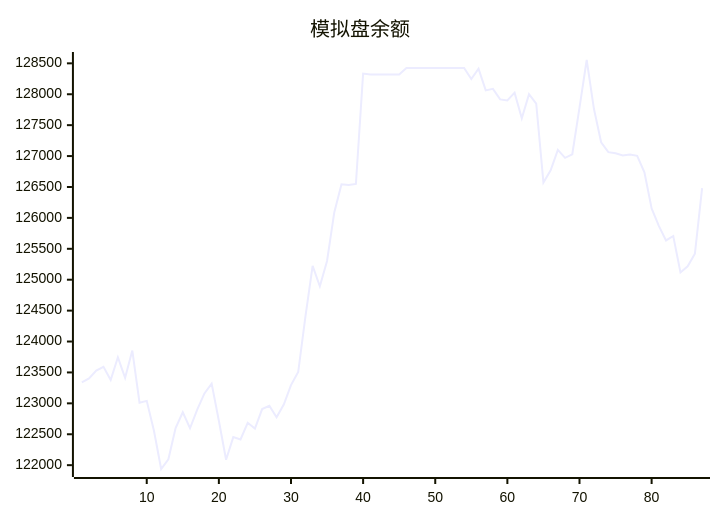
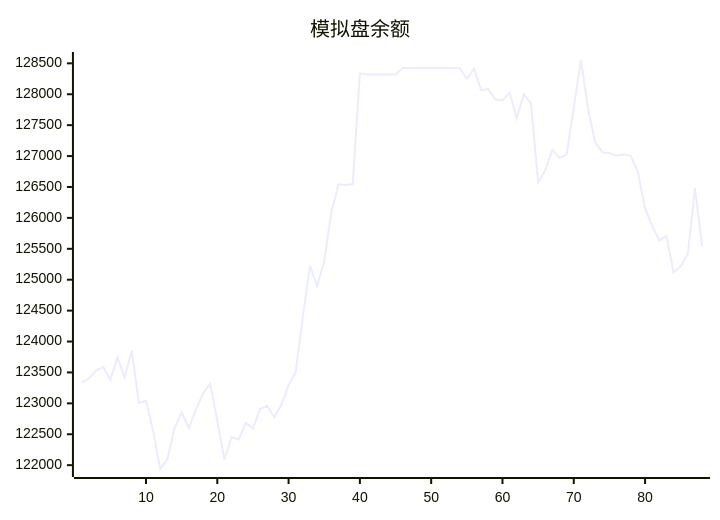
The diagram in README.md (aahl/ai-trading), drawn with Mermaid before and after one commit. The commit also changed other lines of this file and 1 other file, not shown here.

````diff
--- a/README.md
+++ b/README.md
@@ -5,5 +5,5 @@
 ```mermaid
 xychart
     title "模拟盘余额"
-    line [123338,123402,123530,123592,123378,123745,123413,123853,123009,123040,122557,121938,122095,122599,122856,122597,122898,123160,123319,122719,122087,122454,122416,122685,122592,122907,122961,122776,122981,123295,123507,124403,125224,124894,125303,126088,126544,126534,126549,128335,128318,128318,128318,128318,128318,128424,128424,128424,128424,128424,128424,128424,128424,128424,128247,128412,128062,128087,127917,127901,128026,127611,128000,127850,126572,126770,127100,126971,127029,127783,128554,127765,127224,127064,127044,127009,127025,127004,126738,126152,125871,125635,125707,125117,125217,125420,126480]
+    line [123338,123402,123530,123592,123378,123745,123413,123853,123009,123040,122557,121938,122095,122599,122856,122597,122898,123160,123319,122719,122087,122454,122416,122685,122592,122907,122961,122776,122981,123295,123507,124403,125224,124894,125303,126088,126544,126534,126549,128335,128318,128318,128318,128318,128318,128424,128424,128424,128424,128424,128424,128424,128424,128424,128247,128412,128062,128087,127917,127901,128026,127611,128000,127850,126572,126770,127100,126971,127029,127783,128554,127765,127224,127064,127044,127009,127025,127004,126738,126152,125871,125635,125707,125117,125217,125420,126480,125545]
 ```
````
